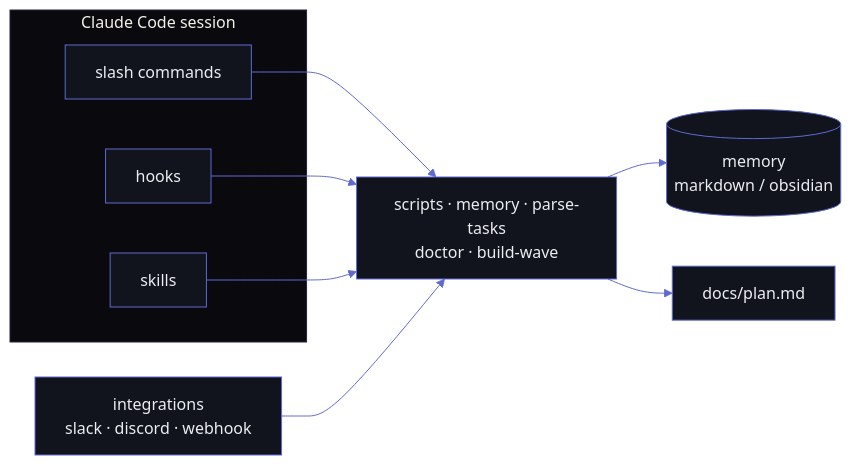
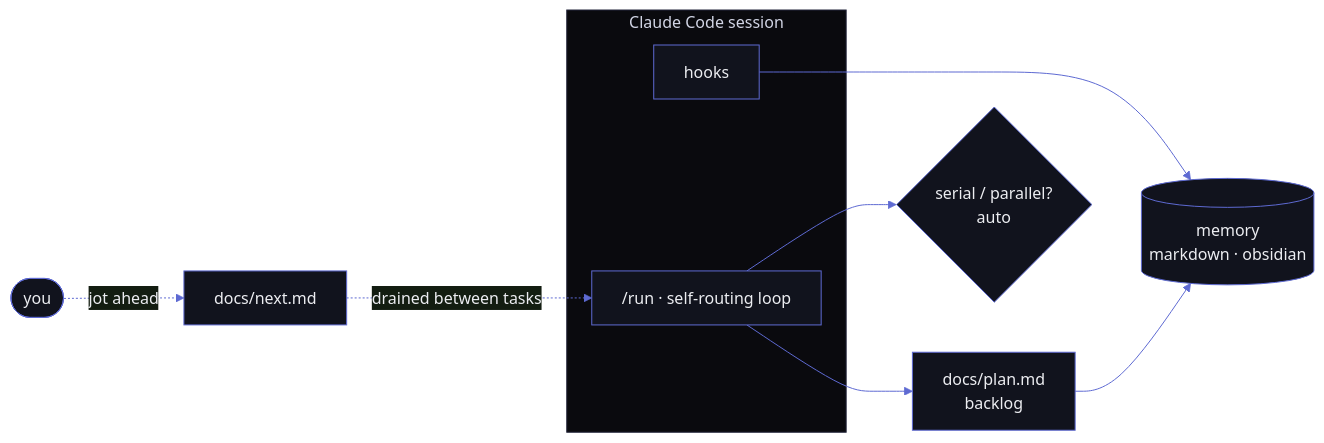
The first of 2 diagrams in README.md (sohams25/iris), drawn with Mermaid before and after one commit. The commit also changed other lines of this file and 19 other files, not shown here.

First line of the commit message:
feat: plan-ahead queue + self-routing /run, marketing revamp

````diff
--- a/README.md
+++ b/README.md
@@ -23,16 +35,14 @@
 ```mermaid
-%%{init: {'theme':'base','themeVariables':{'background':'#050506','primaryColor':'#11131d','primaryTextColor':'#ECEDF1','primaryBorderColor':'#5E6AD2','secondaryColor':'#0d0e16','tertiaryColor':'#0d0e16','lineColor':'#5E6AD2','textColor':'#9aa1b8','fontFamily':'ui-monospace, monospace','clusterBkg':'#0a0a0e','clusterBorder':'#23253a'}}}%%
+%%{init: {'theme':'base','themeVariables':{'background':'#050506','primaryColor':'#11131d','primaryTextColor':'#ECEDF1','primaryBorderColor':'#5E6AD2','lineColor':'#5E6AD2','textColor':'#9aa1b8','fontFamily':'ui-monospace, monospace','clusterBkg':'#0a0a0e','clusterBorder':'#23253a'}}}%%
 flowchart LR
-    subgraph session[" Claude Code session "]
-        cmds["slash commands"]
+    you([you]) -. jot ahead .-> next["docs/next.md"]
+    next -. drained between tasks .-> run
+    subgraph s[" Claude Code session "]
+        run["/run · self-routing loop"]
         hooks["hooks"]
-        skills["skills"]
     end
-    cmds --> core
-    hooks --> core
-    skills --> core
-    core["scripts · memory · parse-tasks<br/>doctor · build-wave"]
-    core --> mem[("memory<br/>markdown / obsidian")]
-    core --> plan["docs/plan.md"]
-    adapters["integrations<br/>slack · discord · webhook"] --> core
+    run --> plan["docs/plan.md<br/>backlog"]
+    run --> route{"serial / parallel?<br/>auto"}
+    hooks --> mem[("memory<br/>markdown · obsidian")]
+    plan --> mem
 ```
````
